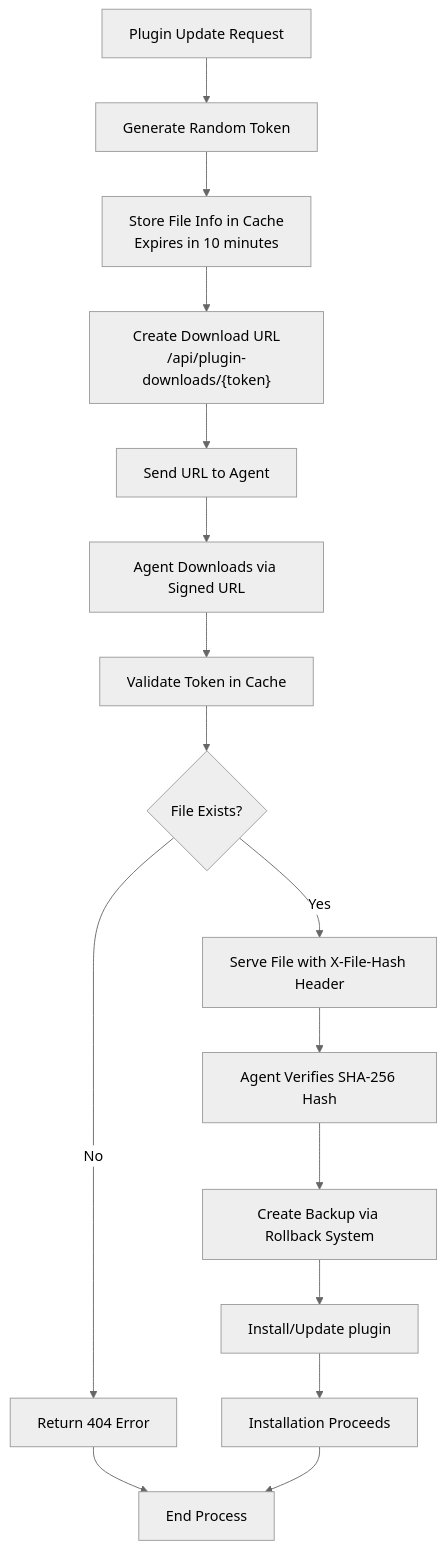
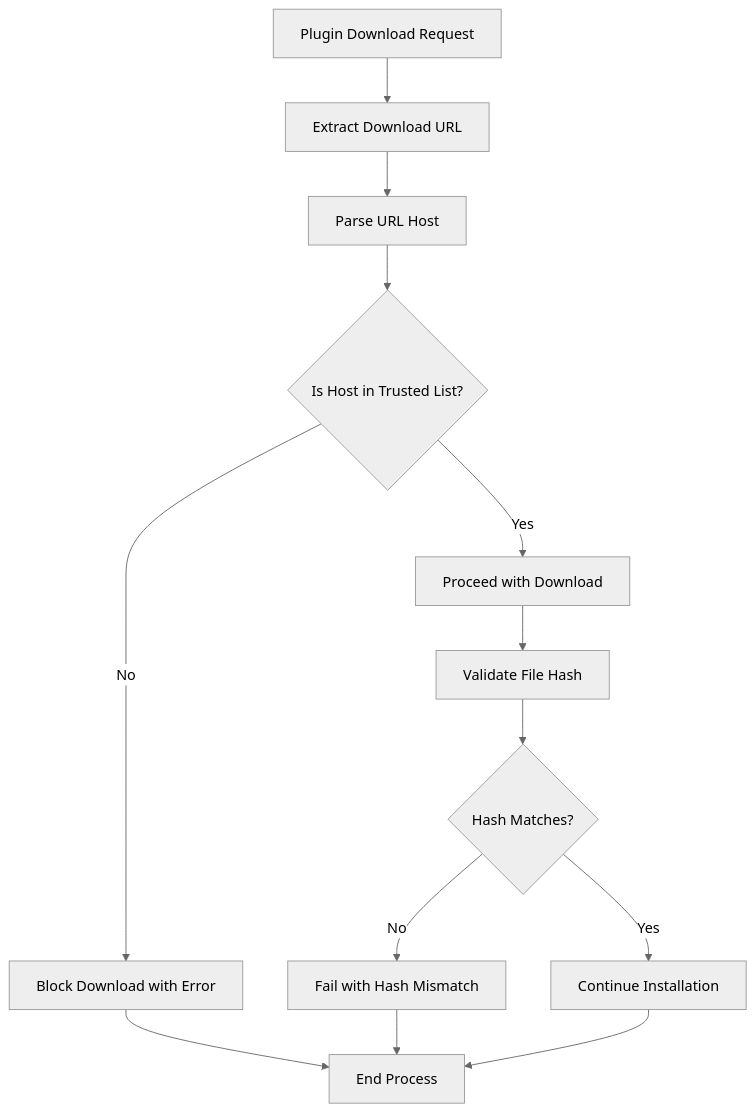
Diagram 22 of 23 in .qoder/repowiki/en/content/WordPress Agent Integration/WordPress Agent Integration.md (FCS-WP/website_portal), drawn with Mermaid (neutral theme) before and after one commit. The commit also changed other lines of this file and 30 other files, not shown here.

````diff
--- a/.qoder/repowiki/en/content/WordPress Agent Integration/WordPress Agent Integration.md
+++ b/.qoder/repowiki/en/content/WordPress Agent Integration/WordPress Agent Integration.md
@@ -811,18 +1229,15 @@
 ```mermaid
 flowchart TD
-Start["Plugin Update Request"] --> Generate["Generate Random Token"]
-Generate --> Store["Store File Info in Cache<br/>Expires in 10 minutes"]
-Store --> CreateURL["Create Download URL<br/>/api/plugin-downloads/{token}"]
-CreateURL --> Send["Send URL to Agent"]
-Send --> Download["Agent Downloads via Signed URL"]
-Download --> Validate["Validate Token in Cache"]
-Validate --> Exists{"File Exists?"}
-Exists --> |No| Error["Return 404 Error"]
-Exists --> |Yes| Serve["Serve File with X-File-Hash Header"]
-Serve --> Verify["Agent Verifies SHA-256 Hash"]
-Verify --> Backup["Create Backup via Rollback System"]
-Backup --> Install["Install/Update plugin"]
-Install --> Success["Installation Proceeds"]
-Error --> End["End Process"]
-Success --> End
+DownloadRequest["Plugin Download Request"] --> ExtractURL["Extract Download URL"]
+ExtractURL --> ParseHost["Parse URL Host"]
+ParseHost --> CheckTrusted{"Is Host in Trusted List?"}
+CheckTrusted --> |Yes| Proceed["Proceed with Download"]
+CheckTrusted --> |No| Block["Block Download with Error"]
+Proceed --> ValidateHash["Validate File Hash"]
+ValidateHash --> HashMatch{"Hash Matches?"}
+HashMatch --> |Yes| Continue["Continue Installation"]
+HashMatch --> |No| FailHash["Fail with Hash Mismatch"]
+Block --> End["End Process"]
+FailHash --> End
+Continue --> End
 ```
````
